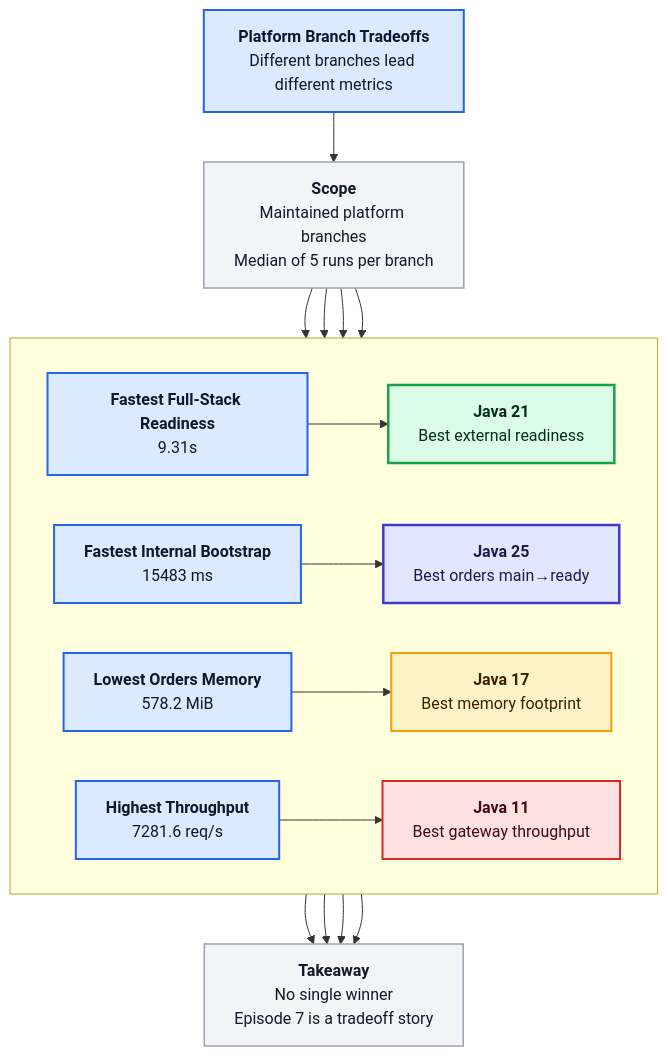
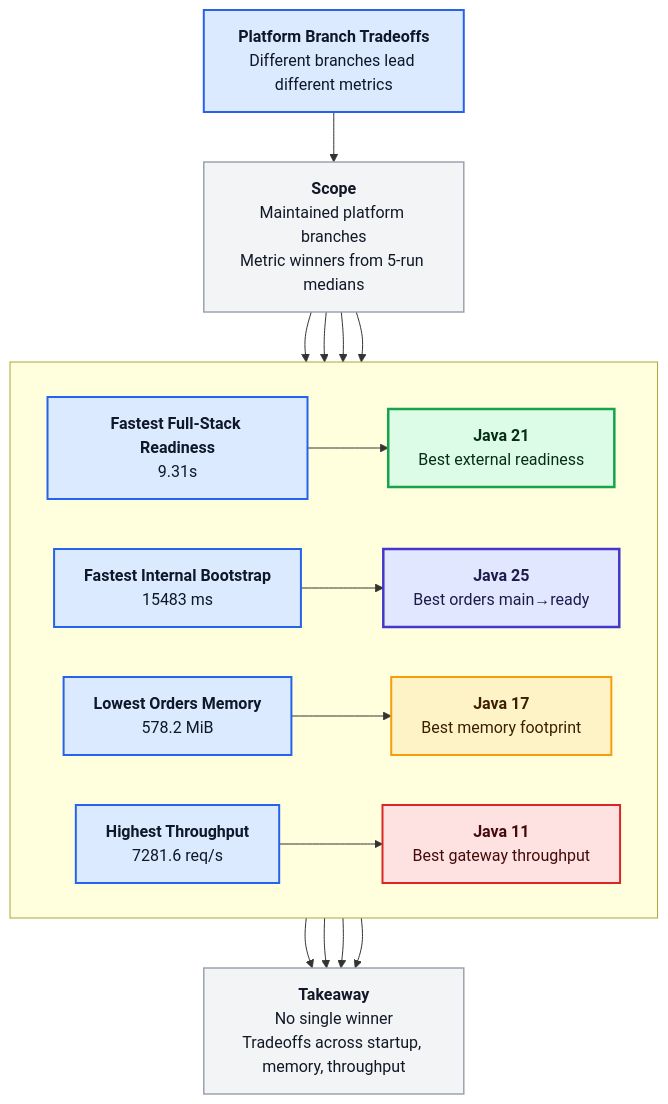
The diagram in docs/episodes/episode-07/assets/diagrams/E07-D03-platform-tradeoffs.md (SaschaMoellering/acmecorp-platform), drawn with Mermaid before and after one commit. The commit also changed 4 other files, not shown here.

Commit message:
Episode 7: finalize benchmark diagram family (D01–D04)

````diff
--- a/docs/episodes/episode-07/assets/diagrams/E07-D03-platform-tradeoffs.md
+++ b/docs/episodes/episode-07/assets/diagrams/E07-D03-platform-tradeoffs.md
@@ -1,41 +1,41 @@
 ```mermaid
 flowchart TB
 
 %% === AcmeCorp Diagram Style Standard ===
 classDef java11 fill:#FEE2E2,stroke:#DC2626,stroke-width:2px,color:#450A0A;
 classDef java17 fill:#FEF3C7,stroke:#F59E0B,stroke-width:2px,color:#3B1F00;
 classDef java21 fill:#DCFCE7,stroke:#16A34A,stroke-width:2.5px,color:#052E16;
 classDef java25 fill:#E0E7FF,stroke:#4338CA,stroke-width:2.5px,color:#1E1B4B;
 classDef metric fill:#DBEAFE,stroke:#2563EB,stroke-width:2px,color:#0F172A;
 classDef neutral fill:#F3F4F6,stroke:#9CA3AF,stroke-width:1.5px,color:#111827;
 
 Title["<b>Platform Branch Tradeoffs</b><br/>Different branches lead different metrics"]:::metric
-Scope["<b>Scope</b><br/>Maintained platform branches<br/>Median of 5 runs per branch"]:::neutral
+Scope["<b>Scope</b><br/>Maintained platform branches<br/>Metric winners from 5-run medians"]:::neutral
 
 subgraph Tradeoffs[" "]
 direction LR
 M1["<b>Fastest Full-Stack Readiness</b><br/>9.31s"]:::metric
 J21["<b>Java 21</b><br/>Best external readiness"]:::java21
 
 M2["<b>Fastest Internal Bootstrap</b><br/>15483 ms"]:::metric
 J25["<b>Java 25</b><br/>Best orders main→ready"]:::java25
 
 M3["<b>Lowest Orders Memory</b><br/>578.2 MiB"]:::metric
 J17["<b>Java 17</b><br/>Best memory footprint"]:::java17
 
 M4["<b>Highest Throughput</b><br/>7281.6 req/s"]:::metric
 J11["<b>Java 11</b><br/>Best gateway throughput"]:::java11
 end
 
-Takeaway["<b>Takeaway</b><br/>No single winner<br/>Episode 7 is a tradeoff story"]:::neutral
+Takeaway["<b>Takeaway</b><br/>No single winner<br/>Tradeoffs across startup, memory, throughput"]:::neutral
 
 Title --> Scope
 Scope --> M1 --> J21
 Scope --> M2 --> J25
 Scope --> M3 --> J17
 Scope --> M4 --> J11
 J21 --> Takeaway
 J25 --> Takeaway
 J17 --> Takeaway
 J11 --> Takeaway
 ```
````
